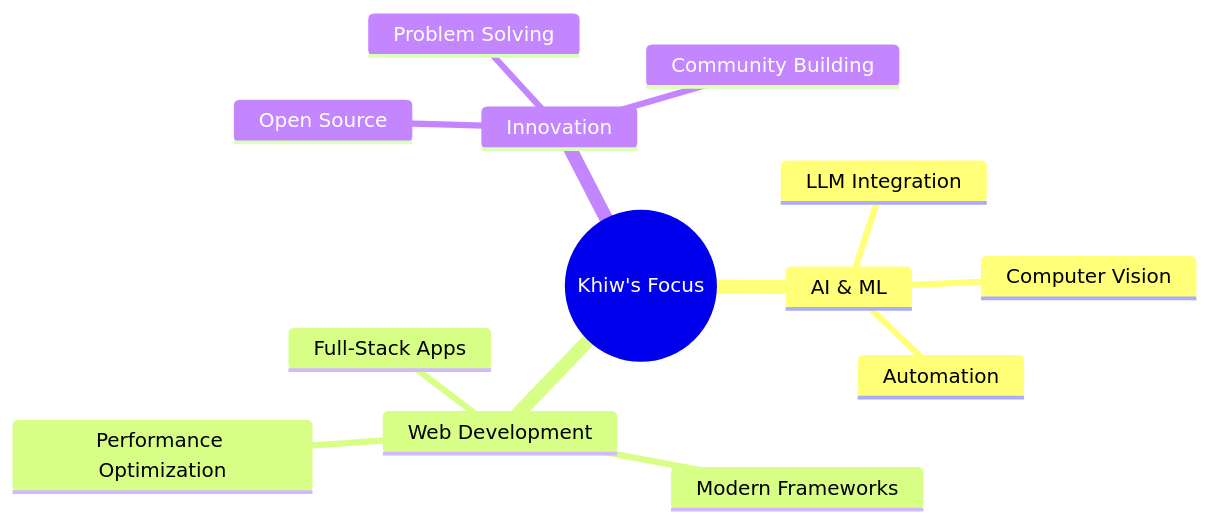
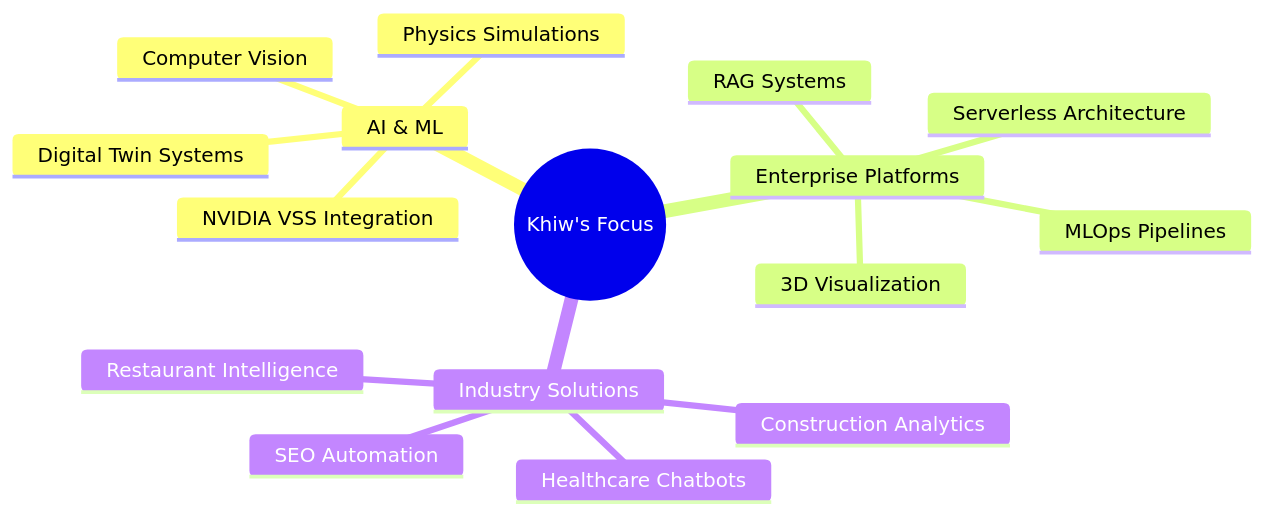
One commit to khiwniti/khiwniti changed the diagram in README.md. Above: the diagram before and after it, drawn with Mermaid. The commit also changed other lines of this file, not shown here.

````diff
--- a/README.md
+++ b/README.md
@@ -129,16 +142,19 @@
 ```mermaid
 mindmap
   root((Khiw's Focus))
     AI & ML
-      LLM Integration
+      NVIDIA VSS Integration
       Computer Vision
-      Automation
-    Web Development
-      Full-Stack Apps
-      Modern Frameworks
-      Performance Optimization
-    Innovation
-      Open Source
-      Problem Solving
-      Community Building
+      Physics Simulations
+      Digital Twin Systems
+    Enterprise Platforms
+      MLOps Pipelines
+      Serverless Architecture
+      RAG Systems
+      3D Visualization
+    Industry Solutions
+      Construction Analytics
+      Healthcare Chatbots
+      Restaurant Intelligence
+      SEO Automation
 ```
````
